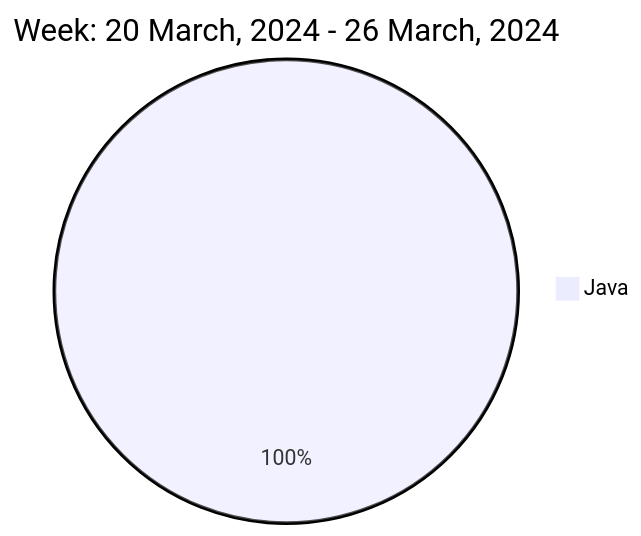
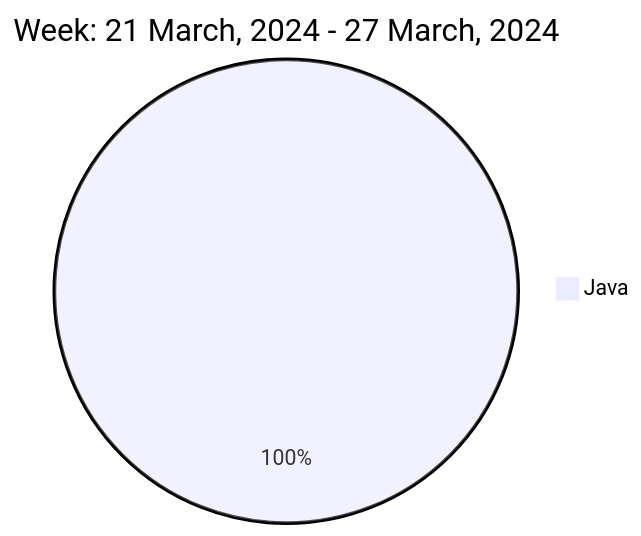
Before and after one commit to liubin95/liubin95: the diagram in README.md, drawn with Mermaid.

Commit message:
Updated the Graph with new Metrics

````diff
--- a/README.md
+++ b/README.md
@@ -37,5 +37,5 @@
 ```mermaid
  pie
-title Week: 20 March, 2024 - 26 March, 2024
- "Java" : 3.65
+title Week: 21 March, 2024 - 27 March, 2024
+ "Java" : 4.33
 ```
````
